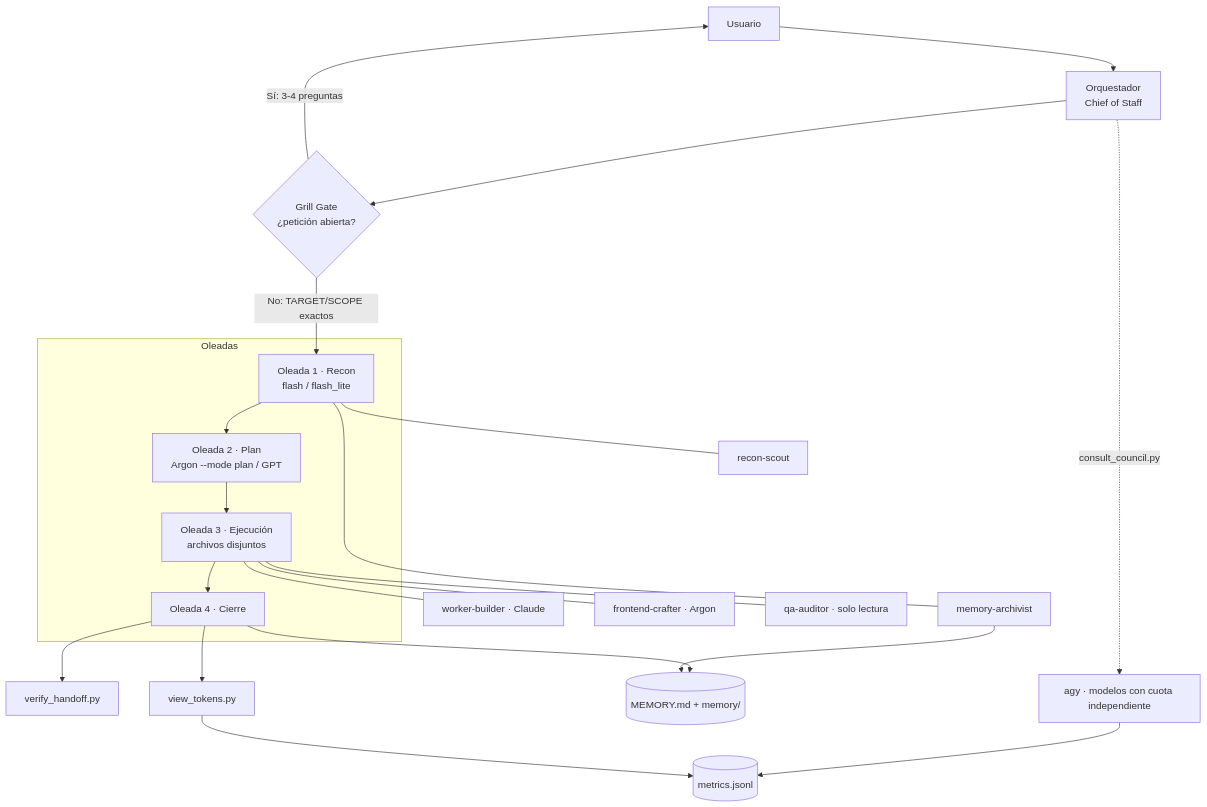
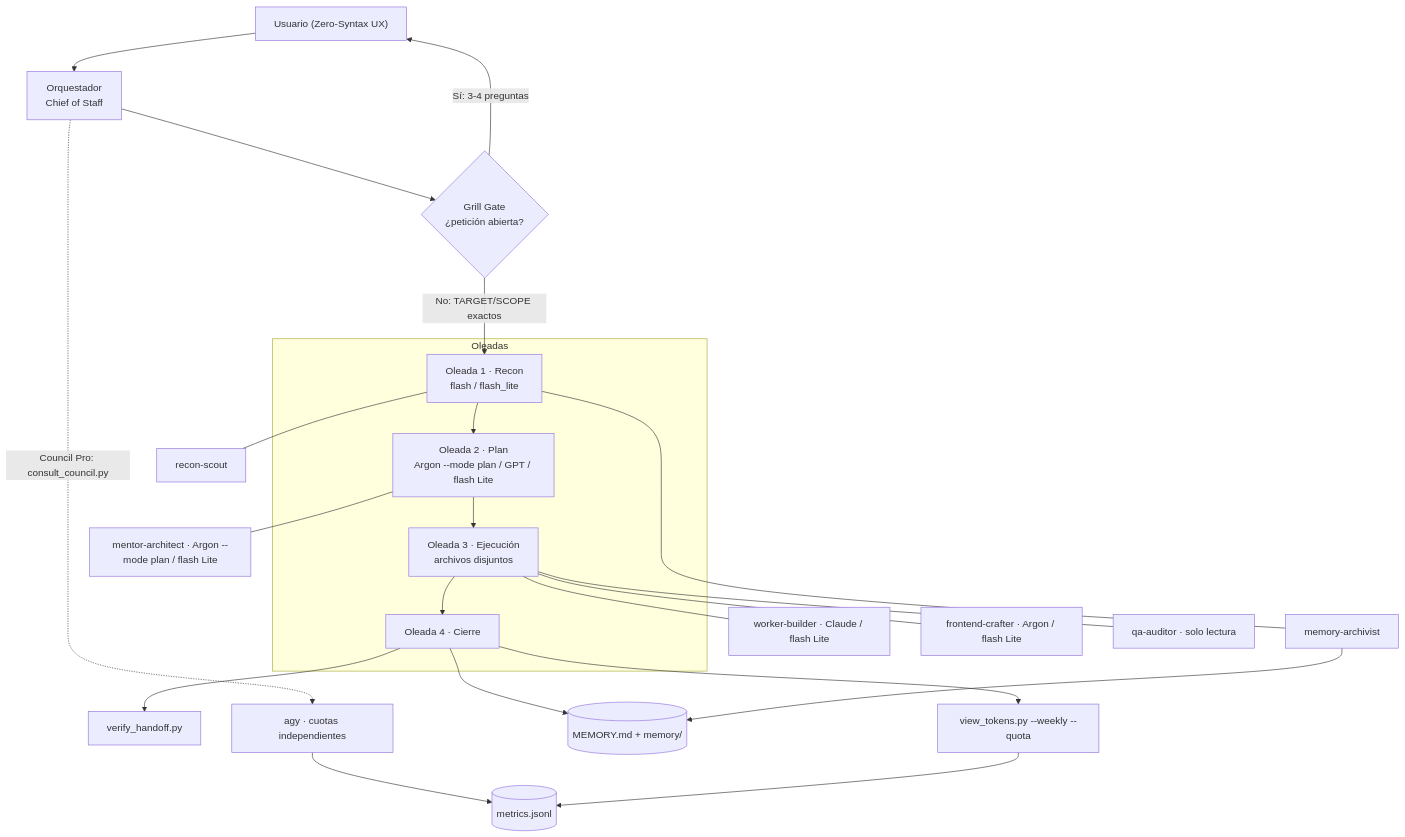
One commit to zzzhama/chief-of-staff changed the diagram in README.md. Above: the diagram before and after it, drawn with Mermaid. The commit also changed other lines of this file and 18 other files, not shown here.

Commit message:
feat(v1.1): dual mode, quota traffic light, mentor-architect, ECC/Ruflo guardrails & FTS5 memory search

````diff
--- a/README.md
+++ b/README.md
@@ -22,27 +33,28 @@
 ```mermaid
 flowchart TD
-    U["Usuario"] --> O["Orquestador<br/>Chief of Staff"]
+    U["Usuario (Zero-Syntax UX)"] --> O["Orquestador<br/>Chief of Staff"]
     O --> G{"Grill Gate<br/>¿petición abierta?"}
     G -- "Sí: 3-4 preguntas" --> U
     G -- "No: TARGET/SCOPE exactos" --> W1
 
     subgraph Oleadas
-        W1["Oleada 1 · Recon<br/>flash / flash_lite"] --> W2["Oleada 2 · Plan<br/>Argon --mode plan / GPT"]
+        W1["Oleada 1 · Recon<br/>flash / flash_lite"] --> W2["Oleada 2 · Plan<br/>Argon --mode plan / GPT / flash Lite"]
         W2 --> W3["Oleada 3 · Ejecución<br/>archivos disjuntos"]
         W3 --> W4["Oleada 4 · Cierre"]
     end
 
     W1 --- RS["recon-scout"]
     W1 --- MA["memory-archivist"]
-    W3 --- WB["worker-builder · Claude"]
-    W3 --- FC["frontend-crafter · Argon"]
+    W2 --- MAR["mentor-architect · Argon --mode plan / flash Lite"]
+    W3 --- WB["worker-builder · Claude / flash Lite"]
+    W3 --- FC["frontend-crafter · Argon / flash Lite"]
     W3 --- QA["qa-auditor · solo lectura"]
 
     W4 --> VH["verify_handoff.py"]
-    W4 --> VT["view_tokens.py"]
+    W4 --> VT["view_tokens.py --weekly --quota"]
     W4 --> MEM[("MEMORY.md + memory/")]
     MA --> MEM
-    O -. "consult_council.py" .-> CC["agy · modelos con cuota independiente"]
+    O -. "Council Pro: consult_council.py" .-> CC["agy · cuotas independientes"]
     CC --> M[("metrics.jsonl")]
     VT --> M
 ```
````
